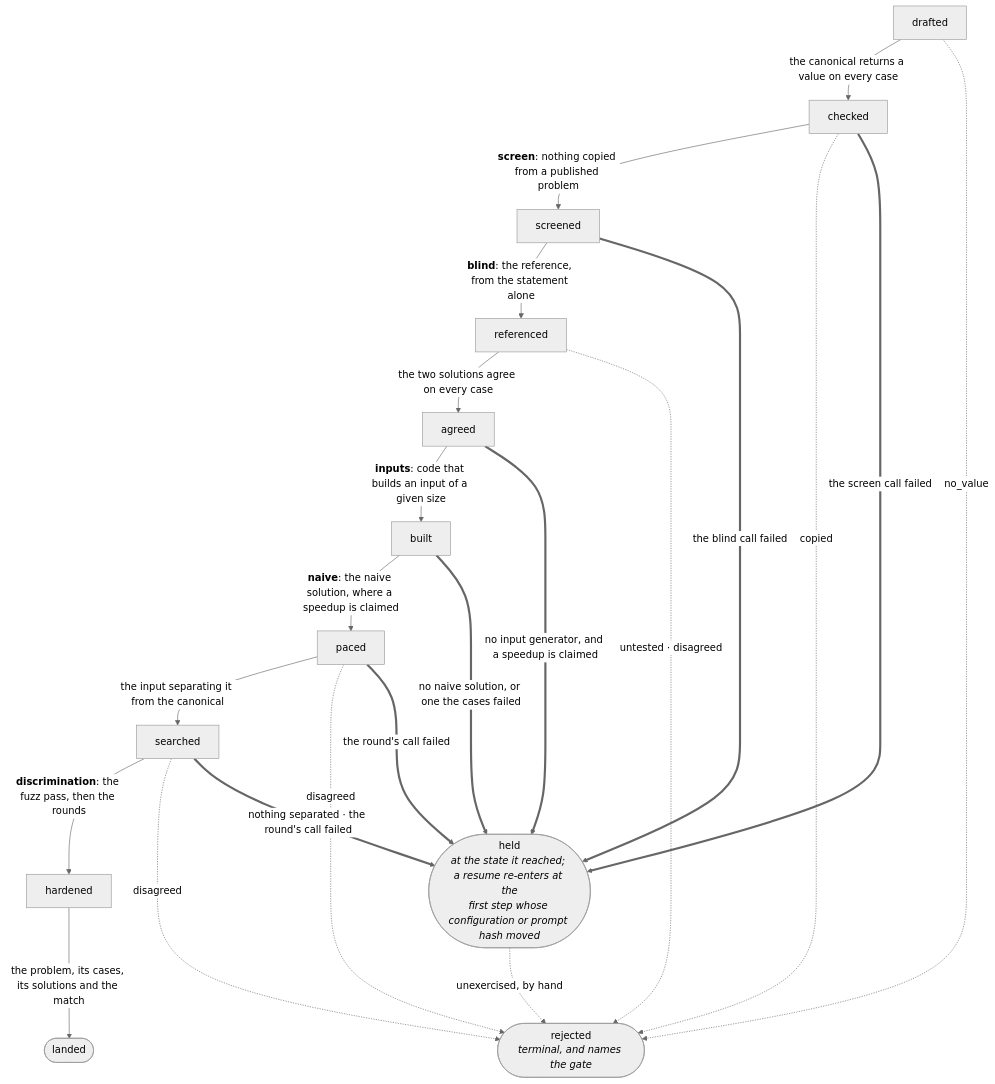
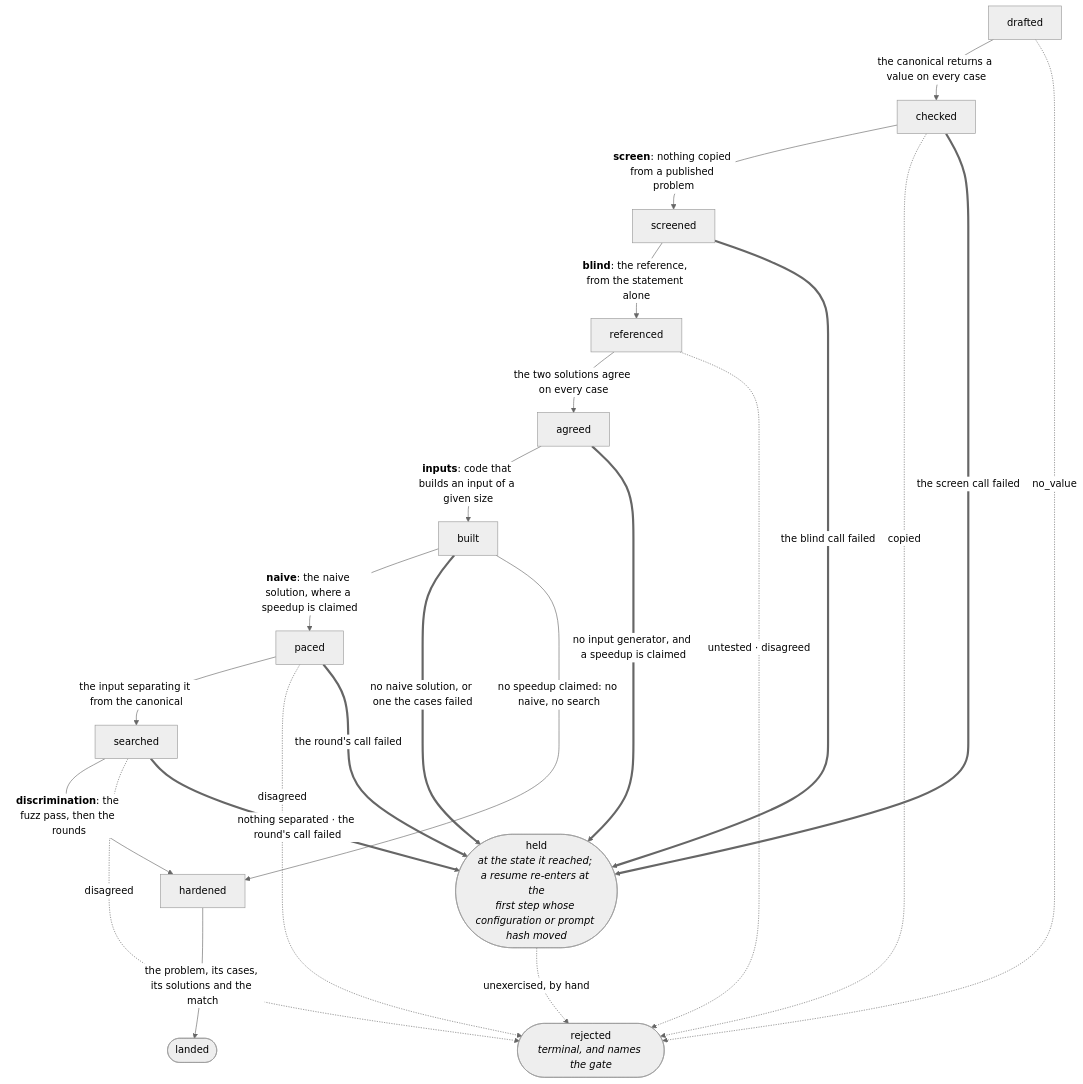
One commit to climbance/climbance changed the diagram in docs/architecture/flows.md. Above: the diagram before and after it, drawn with Mermaid (neutral theme). The commit also changed other lines of this file and 9 other files, not shown here.

First line of the commit message:
docs: match the architecture docs to the code

````diff
--- a/docs/architecture/flows.md
+++ b/docs/architecture/flows.md
@@ -289,26 +303,27 @@
 ```mermaid
 flowchart TB
   D["drafted"] -->|"the canonical returns a value on every case"| C["checked"]
   C -->|"<b>screen</b>: nothing copied from a published problem"| Q["screened"]
   Q -->|"<b>blind</b>: the reference, from the statement alone"| R["referenced"]
   R -->|"the two solutions agree on every case"| A["agreed"]
   A -->|"<b>inputs</b>: code that builds an input of a given size"| B["built"]
   B -->|"<b>naive</b>: the naive solution, where a speedup is claimed"| P["paced"]
   P -->|"the input separating it from the canonical"| S["searched"]
   S -->|"<b>discrimination</b>: the fuzz pass, then the rounds"| H["hardened"]
   H -->|"the problem, its cases, its solutions and the match"| L(["landed"])
 
   D -.->|"no_value"| X(["rejected<br/><i>terminal, and names the gate</i>"])
   C -.->|"copied"| X
   R -.->|"untested · disagreed"| X
   P -.->|"disagreed"| X
   S -.->|"disagreed"| X
 
   C ==>|"the screen call failed"| Z(["held<br/><i>at the state it reached; a resume re-enters at the<br/>first step whose configuration or prompt hash moved</i>"])
   Q ==>|"the blind call failed"| Z
   A ==>|"no input generator, and a speedup is claimed"| Z
   B ==>|"no naive solution, or one the cases failed"| Z
   P ==>|"the round's call failed"| Z
   S ==>|"nothing separated · the round's call failed"| Z
+  B -->|"no speedup claimed: no naive, no search"| H
   Z -.->|"unexercised, by hand"| X
 ```
````
